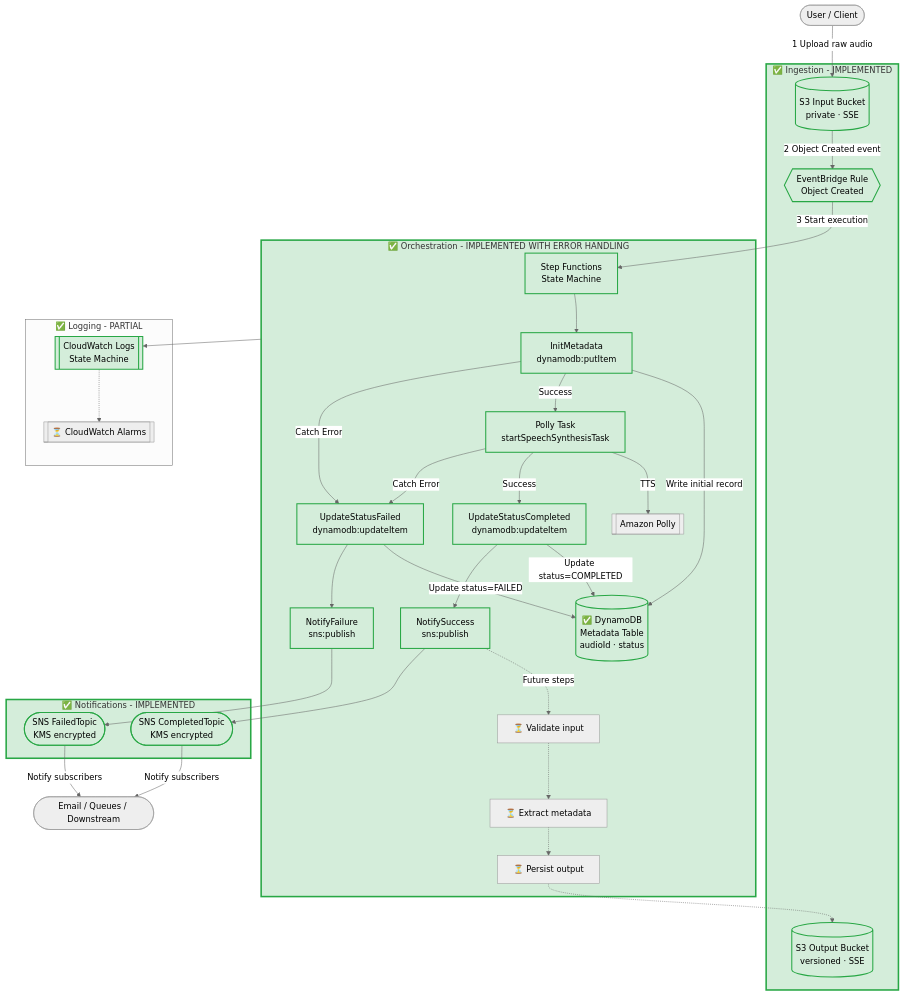
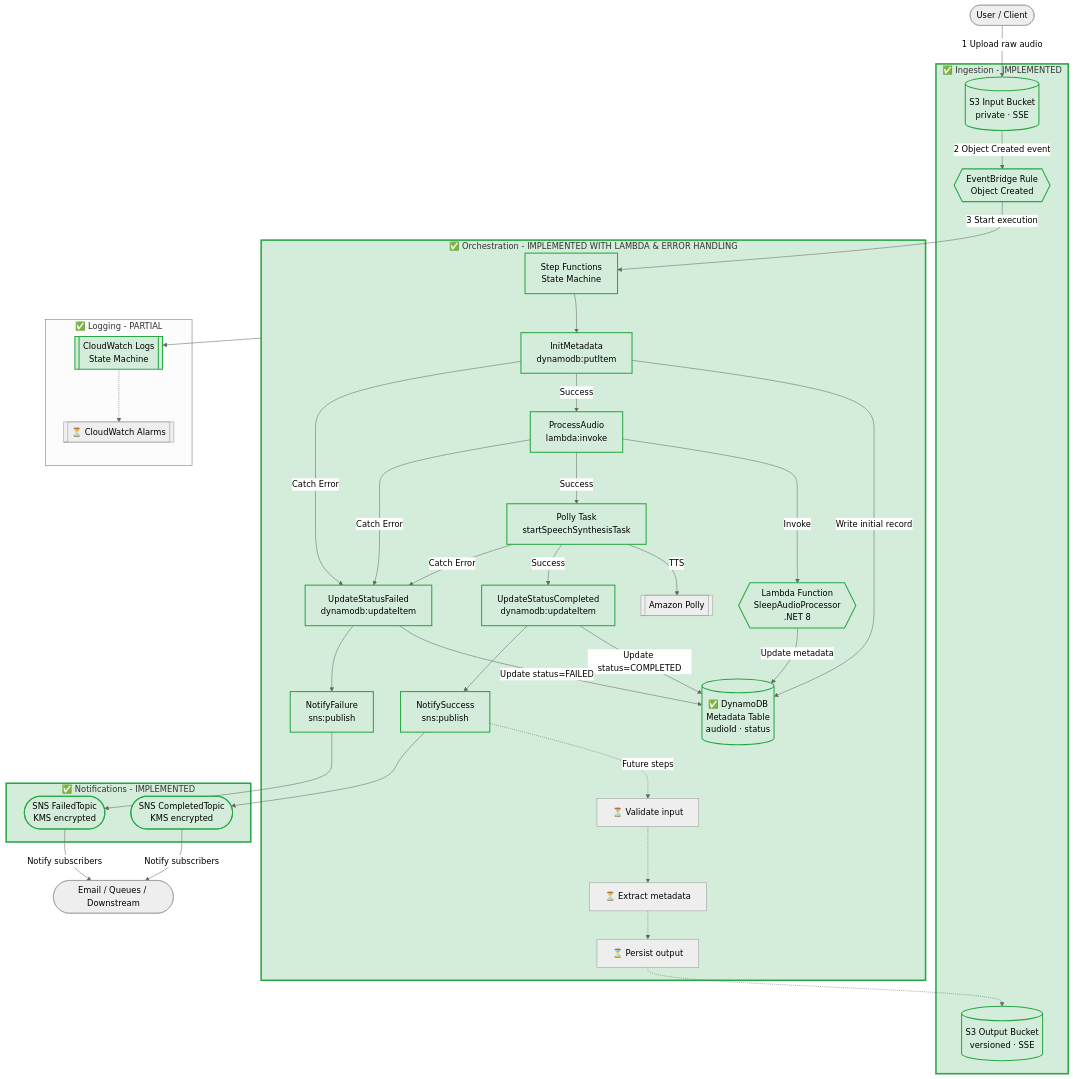
The diagram in ARCHITECTURE.md (obstreperous-ai/cdk-sleep-csharp-copilot), drawn with Mermaid (neutral theme) before and after one commit. The commit also changed other lines of this file, not shown here.

Commit message:
docs: update ARCHITECTURE.md with Lambda function in Mermaid diagram (Issue #7 complete)

```diff
--- a/ARCHITECTURE.md
+++ b/ARCHITECTURE.md
@@ -247,9 +291,11 @@
 
     eventBridge -->|3 Start execution| sfn
 
-    subgraph processing[✅ Orchestration - IMPLEMENTED WITH ERROR HANDLING]
+    subgraph processing[✅ Orchestration - IMPLEMENTED WITH LAMBDA & ERROR HANDLING]
         sfn[Step Functions<br/>State Machine]
         initMetadata[InitMetadata<br/>dynamodb:putItem]
+        processAudio[ProcessAudio<br/>lambda:invoke]
+        lambdaFunc{{Lambda Function<br/>SleepAudioProcessor<br/>.NET 8}}
         pollyTask[Polly Task<br/>startSpeechSynthesisTask]
         updateCompleted[UpdateStatusCompleted<br/>dynamodb:updateItem]
         updateFailed[UpdateStatusFailed<br/>dynamodb:updateItem]
@@ -258,8 +304,12 @@
         
         sfn --> initMetadata
         initMetadata -->|Write initial record| dynamo
-        initMetadata -->|Success| pollyTask
+        initMetadata -->|Success| processAudio
         initMetadata -->|Catch Error| updateFailed
+        processAudio -->|Invoke| lambdaFunc
+        lambdaFunc -->|Update metadata| dynamo
+        processAudio -->|Success| pollyTask
+        processAudio -->|Catch Error| updateFailed
         pollyTask -->|TTS| polly[[Amazon Polly]]
         pollyTask -->|Success| updateCompleted
         pollyTask -->|Catch Error| updateFailed
@@ -305,6 +355,8 @@
     style processing fill:#d4edda,stroke:#28a745,stroke-width:3px
     style sfn fill:#d4edda,stroke:#28a745,stroke-width:2px
     style initMetadata fill:#d4edda,stroke:#28a745,stroke-width:2px
+    style processAudio fill:#d4edda,stroke:#28a745,stroke-width:2px
+    style lambdaFunc fill:#d4edda,stroke:#28a745,stroke-width:2px
     style pollyTask fill:#d4edda,stroke:#28a745,stroke-width:2px
     style dynamo fill:#d4edda,stroke:#28a745,stroke-width:2px
     style logs fill:#d4edda,stroke:#28a745,stroke-width:2px
```
